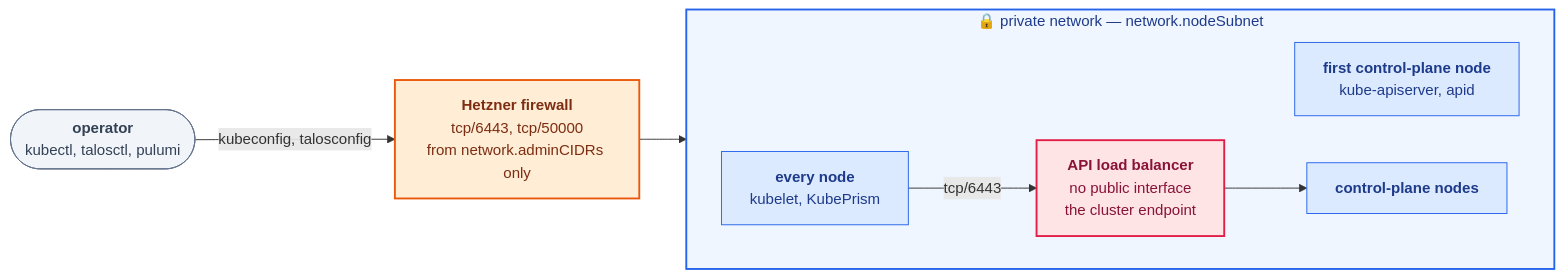
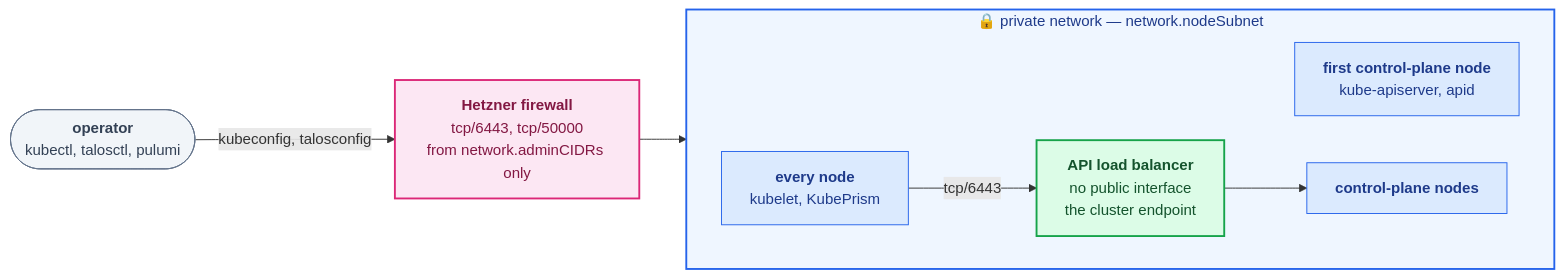
Before and after one commit to oleg-tkachuk/hetzner-iac: the second of 2 diagrams in docs/networking.md, drawn with Mermaid. The commit also changed other lines of this file and 2 other files, not shown here.

First line of the commit message:
docs(diagrams): balance the palette away from red

````diff
--- a/docs/networking.md
+++ b/docs/networking.md
@@ -165,31 +165,31 @@
 ```mermaid
 flowchart LR
     %% Same palette as the diagram above.
     classDef outside fill:#F1F5F9,stroke:#64748B,stroke-width:1px,color:#334155
-    classDef edge fill:#FFE4E6,stroke:#E11D48,stroke-width:2px,color:#881337
+    classDef edge fill:#DCFCE7,stroke:#16A34A,stroke-width:2px,color:#14532D
     classDef inside fill:#DBEAFE,stroke:#2563EB,stroke-width:1px,color:#1E3A8A
-    classDef gate fill:#FFEDD5,stroke:#EA580C,stroke-width:2px,color:#7C2D12
+    classDef gate fill:#FCE7F3,stroke:#DB2777,stroke-width:2px,color:#831843
 
     operator(["<b>operator</b><br/>kubectl, talosctl, pulumi"])
     fw["<b>Hetzner firewall</b><br/>tcp/6443, tcp/50000<br/>from network.adminCIDRs only"]
 
     subgraph private["🔒 private network — network.nodeSubnet"]
         direction LR
         cp0["<b>first control-plane node</b><br/>kube-apiserver, apid"]
         nodes["<b>every node</b><br/>kubelet, KubePrism"]
         apilb["<b>API load balancer</b><br/>no public interface<br/>the cluster endpoint"]
         cps["<b>control-plane nodes</b>"]
     end
 
     operator -->|"kubeconfig, talosconfig"| fw
     fw --> cp0
     nodes -->|"tcp/6443"| apilb
     apilb --> cps
 
     class operator outside
     class fw gate
     class apilb edge
     class cp0,nodes,cps inside
 
     style private fill:#EFF6FF,stroke:#2563EB,stroke-width:2px,color:#1E3A8A
 ```
````
